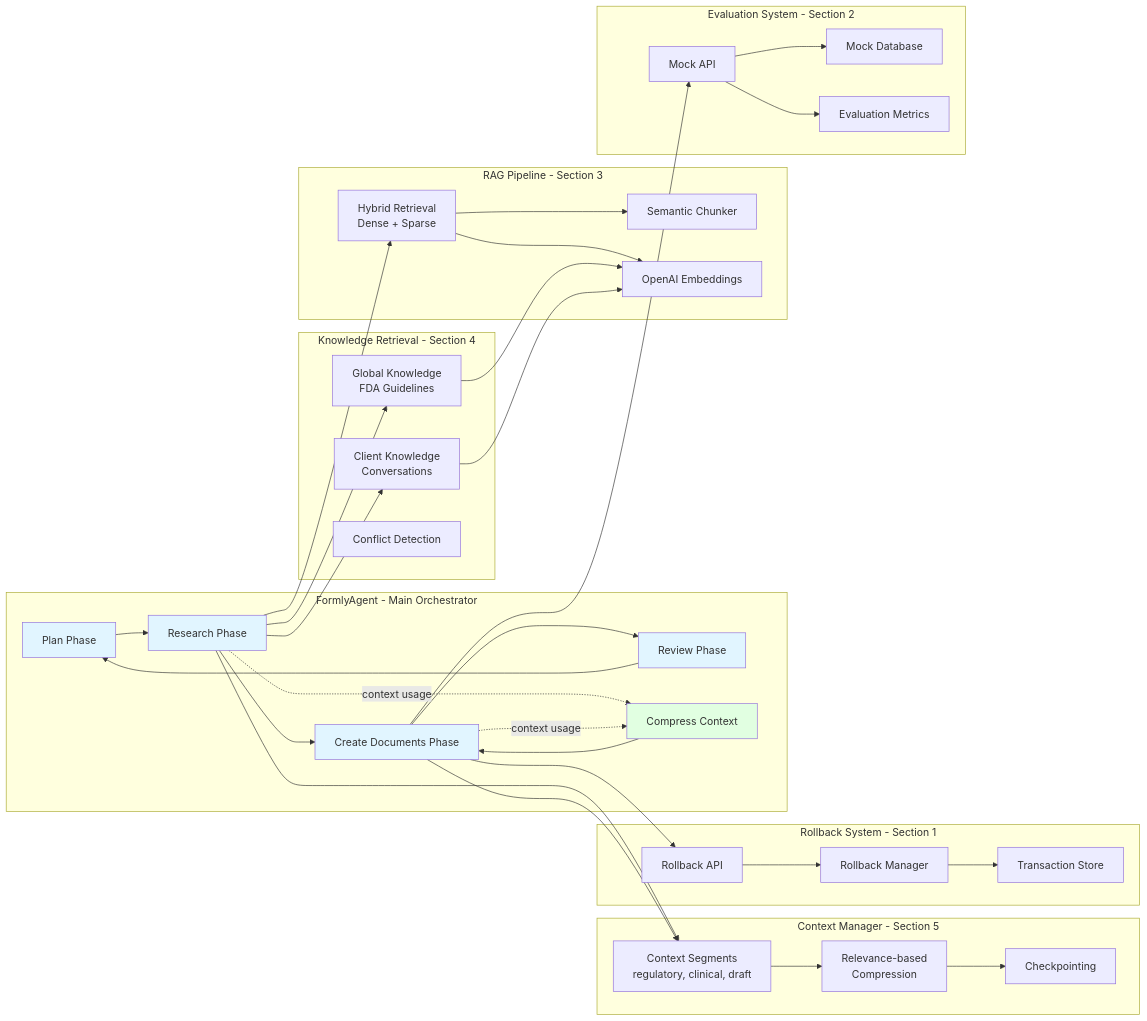
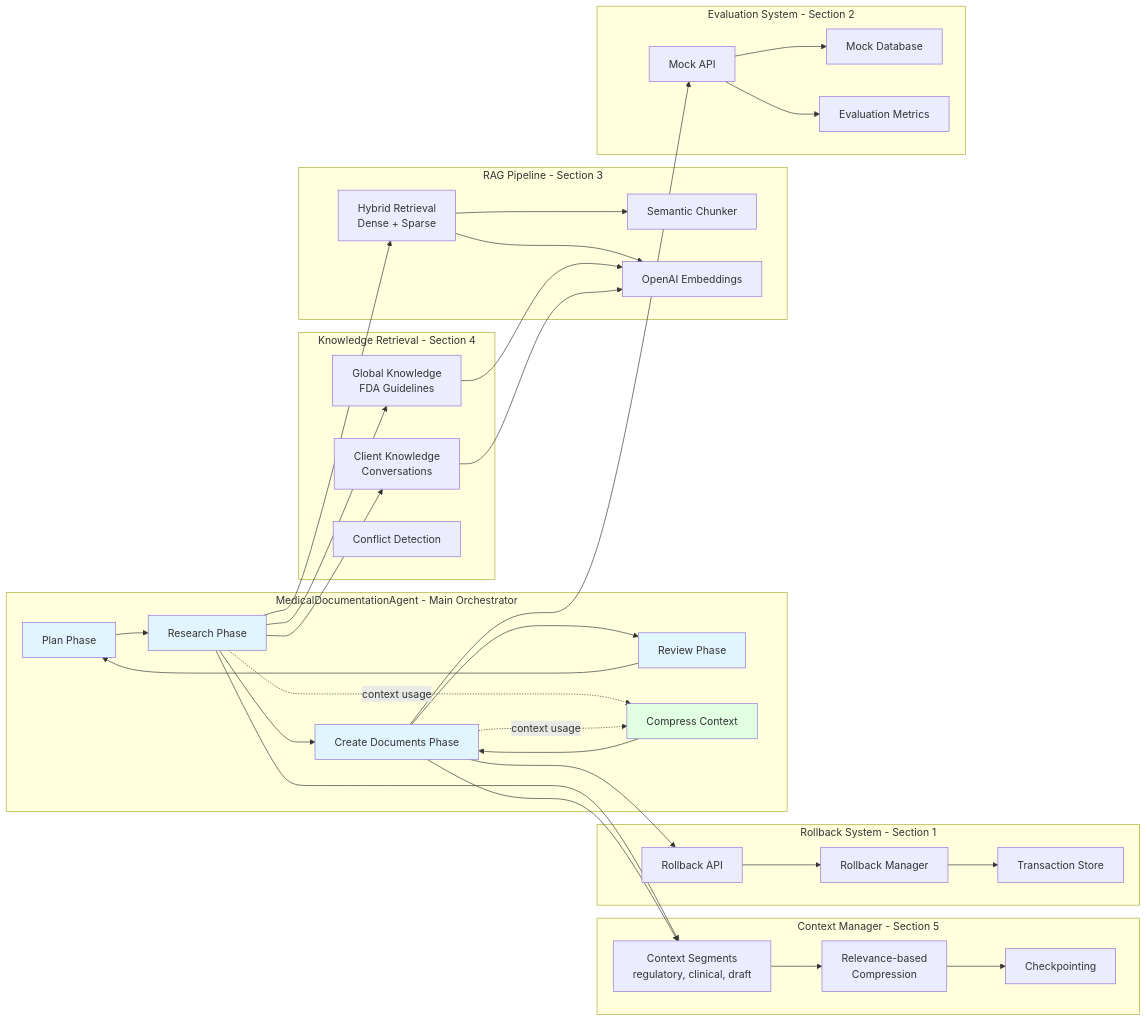
The second of 12 diagrams in Documentation/ARCHITECTURE_FLOW_DIAGRAMS.md (deepyad/Medical_Documentation_Agents), drawn with Mermaid before and after one commit. The commit also changed other lines of this file and 14 other files, not shown here.

````diff
--- a/Documentation/ARCHITECTURE_FLOW_DIAGRAMS.md
+++ b/Documentation/ARCHITECTURE_FLOW_DIAGRAMS.md
@@ -383,76 +383,76 @@
 ```mermaid
 graph LR
-    subgraph "FormlyAgent - Main Orchestrator"
+    subgraph "MedicalDocumentationAgent - Main Orchestrator"
         Plan[Plan Phase]
         Research[Research Phase]
         Create[Create Documents Phase]
         Review[Review Phase]
         Compress[Compress Context]
     end
     
     subgraph "Context Manager - Section 5"
         Segments[Context Segments<br/>regulatory, clinical, draft]
         Compression[Relevance-based<br/>Compression]
         Checkpoint[Checkpointing]
     end
     
     subgraph "RAG Pipeline - Section 3"
         Chunker[Semantic Chunker]
         HybridRet[Hybrid Retrieval<br/>Dense + Sparse]
         Embeddings[OpenAI Embeddings]
     end
     
     subgraph "Knowledge Retrieval - Section 4"
         GlobalStore[Global Knowledge<br/>FDA Guidelines]
         ClientStore[Client Knowledge<br/>Conversations]
         ConflictDetect[Conflict Detection]
     end
     
     subgraph "Rollback System - Section 1"
         RollbackMgr[Rollback Manager]
         TransactionStore[Transaction Store]
         RollbackAPI[Rollback API]
     end
     
     subgraph "Evaluation System - Section 2"
         MockDB[Mock Database]
         MockAPI[Mock API]
         EvalMetrics[Evaluation Metrics]
     end
     
     Plan --> Research
     Research --> Create
     Create --> Review
     Review --> Plan
     Research -.->|context usage| Compress
     Create -.->|context usage| Compress
     Compress --> Create
     
     Research --> HybridRet
     Research --> GlobalStore
     Research --> ClientStore
     
     HybridRet --> Chunker
     HybridRet --> Embeddings
     GlobalStore --> Embeddings
     ClientStore --> Embeddings
     
     Create --> RollbackAPI
     RollbackAPI --> RollbackMgr
     RollbackMgr --> TransactionStore
     
     Create --> MockAPI
     MockAPI --> MockDB
     MockAPI --> EvalMetrics
     
     Research --> Segments
     Create --> Segments
     Segments --> Compression
     Compression --> Checkpoint
     
     style Plan fill:#e1f5ff
     style Research fill:#e1f5ff
     style Create fill:#e1f5ff
     style Review fill:#e1f5ff
     style Compress fill:#e1ffe1
 ```
````
